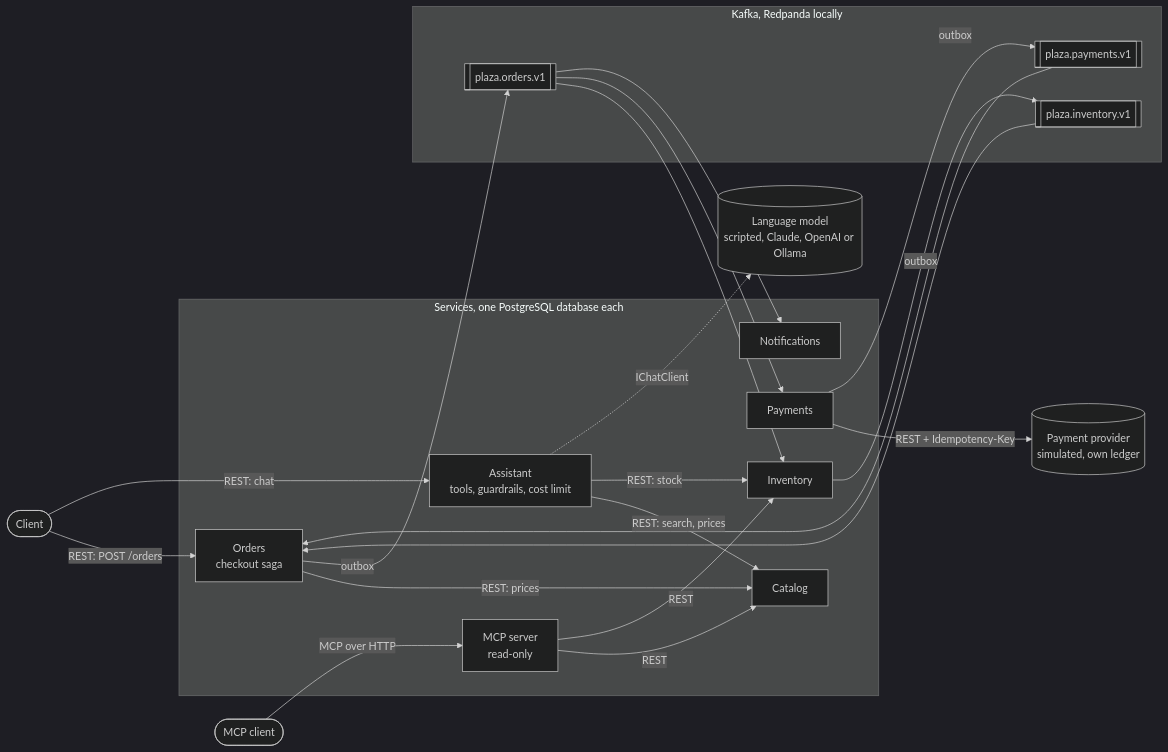
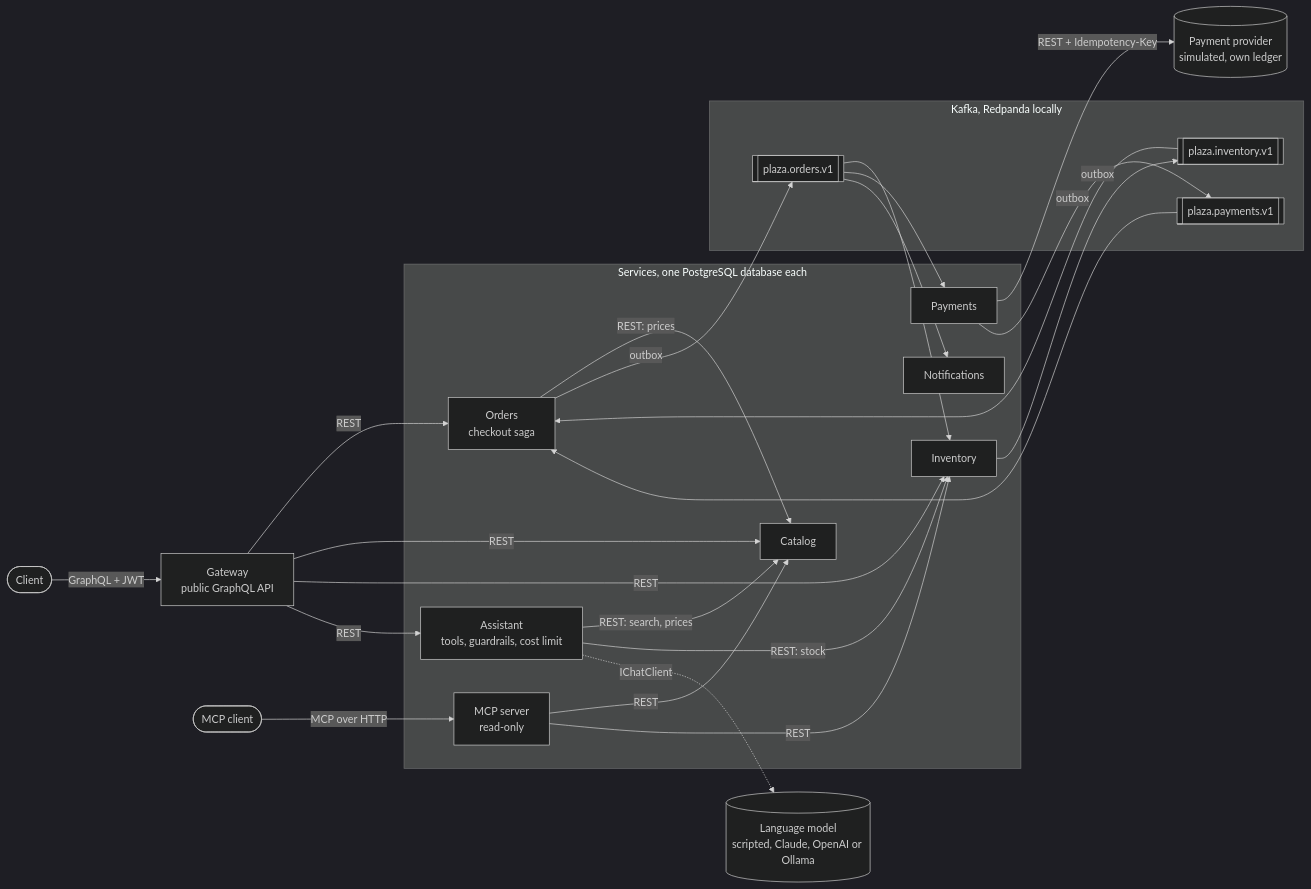
One commit to Carlosmarroquin20/plaza-commerce changed the first of 2 diagrams in README.md. Above: the diagram before and after it, drawn with Mermaid (dark theme). The commit also changed other lines of this file, not shown here.

Commit message:
docs: document phase 4 results and the public API in the README

````diff
--- a/README.md
+++ b/README.md
@@ -77,40 +96,45 @@
 ```mermaid
 flowchart LR
     client([Client])
     provider[(Payment provider<br/>simulated, own ledger)]
 
     subgraph services [Services, one PostgreSQL database each]
         orders[Orders<br/>checkout saga]
         catalog[Catalog]
         inventory[Inventory]
         payments[Payments]
         notifications[Notifications]
         assistant[Assistant<br/>tools, guardrails, cost limit]
         mcp[MCP server<br/>read-only]
     end
 
+    gateway[Gateway<br/>public GraphQL API]
+
     subgraph kafka [Kafka, Redpanda locally]
         t_orders[[plaza.orders.v1]]
         t_inventory[[plaza.inventory.v1]]
         t_payments[[plaza.payments.v1]]
     end
 
-    client -- "REST: POST /orders" --> orders
+    client -- "GraphQL + JWT" --> gateway
+    gateway -- REST --> orders
+    gateway -- REST --> catalog
+    gateway -- REST --> inventory
+    gateway -- REST --> assistant
     orders -- "REST: prices" --> catalog
     payments -- "REST + Idempotency-Key" --> provider
-    client -- "REST: chat" --> assistant
     mcpclient([MCP client]) -- "MCP over HTTP" --> mcp
     assistant -- "REST: search, prices" --> catalog
     assistant -- "REST: stock" --> inventory
     mcp -- REST --> catalog
     mcp -- REST --> inventory
     assistant -. IChatClient .-> model[(Language model<br/>scripted, Claude, OpenAI or Ollama)]
 
     orders -- outbox --> t_orders
     t_orders --> inventory
     t_orders --> payments
     t_orders --> notifications
 
     inventory -- outbox --> t_inventory --> orders
     payments -- outbox --> t_payments --> orders
 ```
````
